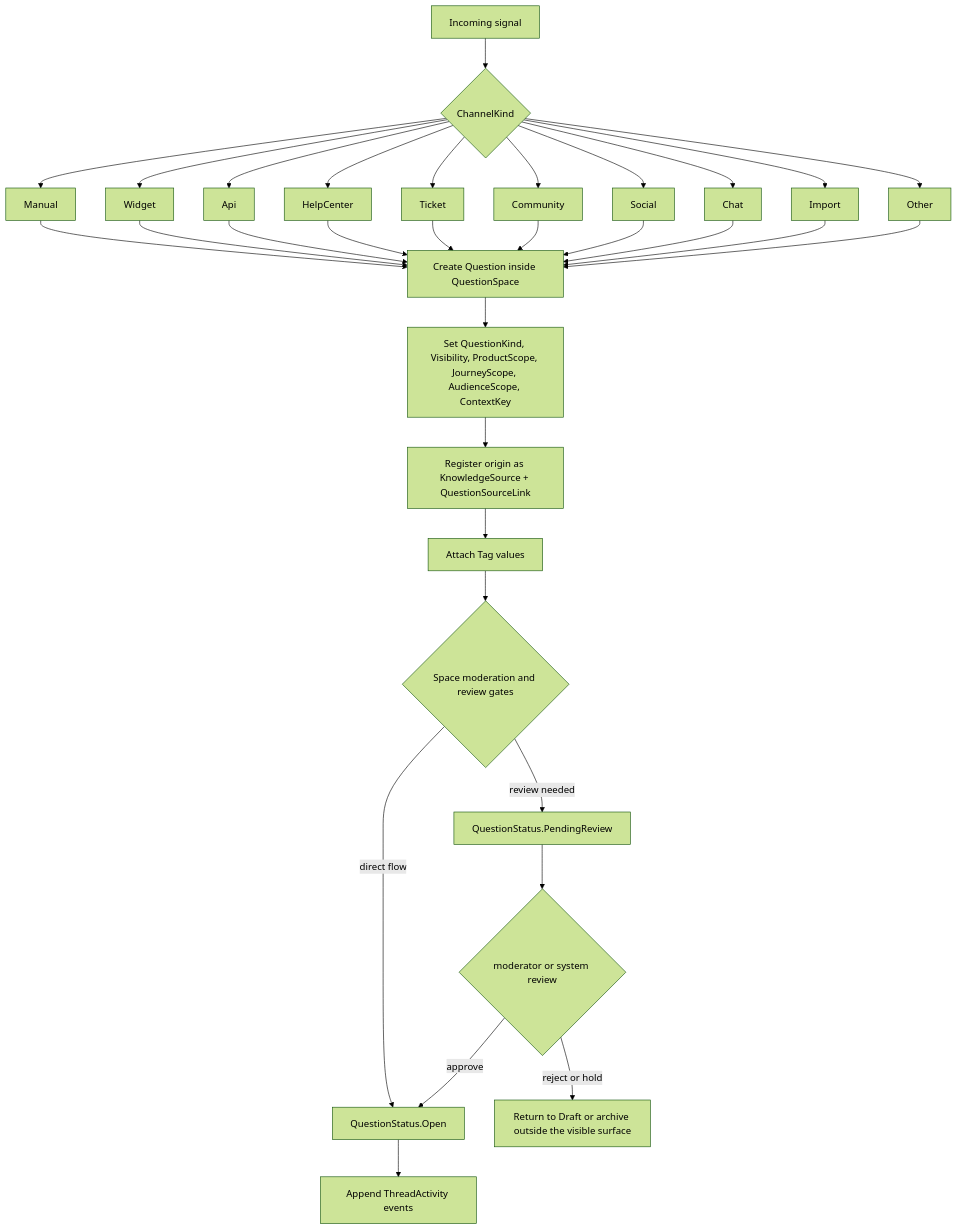
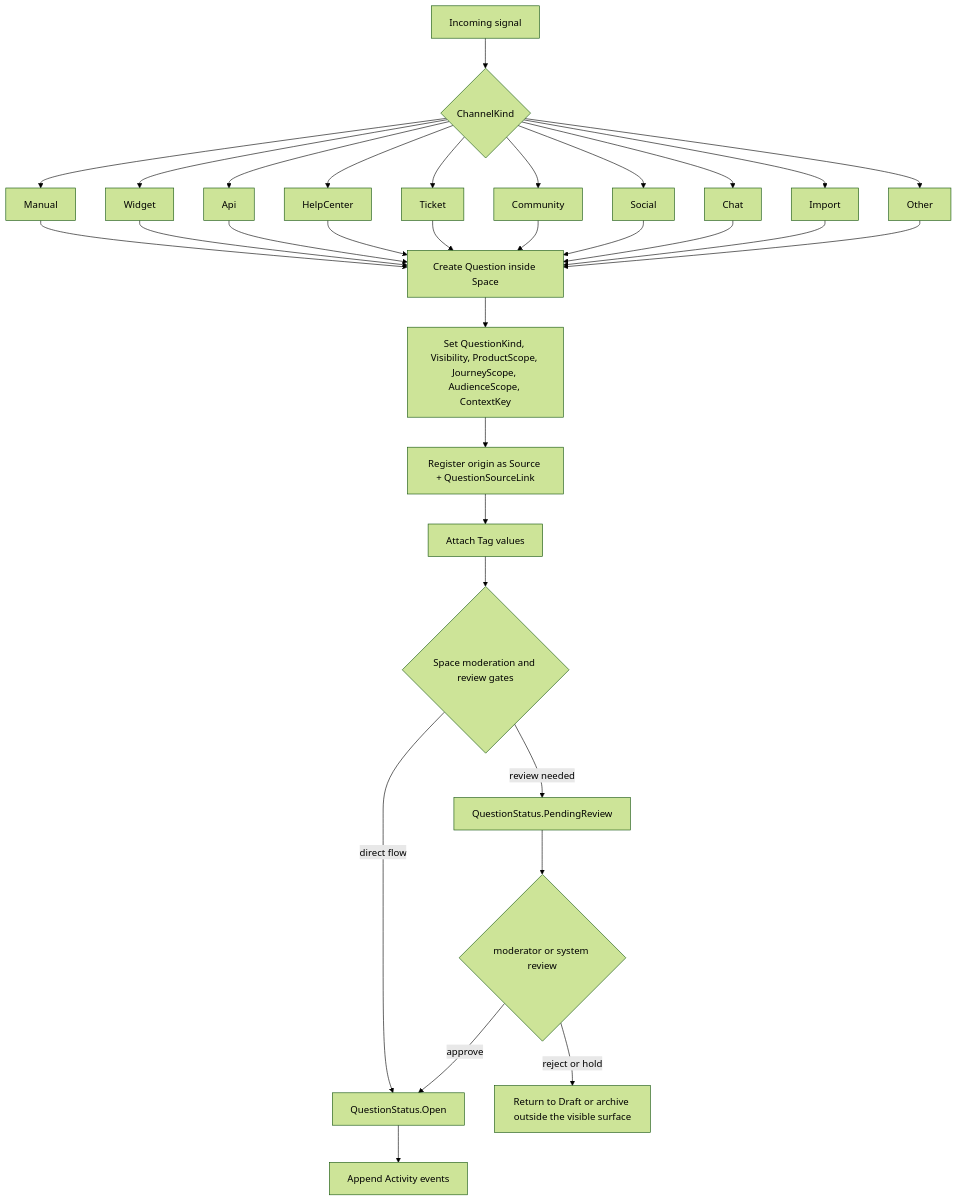
One commit to marcosrioj/querify changed the diagram in dotnet/BaseFaq.Sample.Features.NewQaModel/Flows/02-question-intake-and-routing.md. Above: the diagram before and after it, drawn with Mermaid (forest theme). The commit also changed other lines of this file and 261 other files, not shown here.

````diff
--- a/dotnet/BaseFaq.Sample.Features.NewQaModel/Flows/02-question-intake-and-routing.md
+++ b/dotnet/BaseFaq.Sample.Features.NewQaModel/Flows/02-question-intake-and-routing.md
@@ -7,34 +7,34 @@
 ```mermaid
 flowchart TD
     Signal[Incoming signal] --> Channel{ChannelKind}
     Channel --> Manual[Manual]
     Channel --> Widget[Widget]
     Channel --> Api[Api]
     Channel --> HelpCenter[HelpCenter]
     Channel --> Ticket[Ticket]
     Channel --> Community[Community]
     Channel --> Social[Social]
     Channel --> Chat[Chat]
     Channel --> Import[Import]
     Channel --> Other[Other]
     Manual --> Create
     Widget --> Create
     Api --> Create
     HelpCenter --> Create
     Ticket --> Create
     Community --> Create
     Social --> Create
     Chat --> Create
     Import --> Create
     Other --> Create
-    Create[Create Question inside QuestionSpace] --> Classify[Set QuestionKind, Visibility, ProductScope, JourneyScope, AudienceScope, ContextKey]
-    Classify --> Capture[Register origin as KnowledgeSource + QuestionSourceLink]
+    Create[Create Question inside Space] --> Classify[Set QuestionKind, Visibility, ProductScope, JourneyScope, AudienceScope, ContextKey]
+    Classify --> Capture[Register origin as Source + QuestionSourceLink]
     Capture --> Tags[Attach Tag values]
     Tags --> Policy{Space moderation and review gates}
     Policy -->|direct flow| OpenThread[QuestionStatus.Open]
     Policy -->|review needed| Pending[QuestionStatus.PendingReview]
     Pending --> Review{moderator or system review}
     Review -->|approve| OpenThread
     Review -->|reject or hold| Hidden[Return to Draft or archive outside the visible surface]
-    OpenThread --> Activity[Append ThreadActivity events]
+    OpenThread --> Activity[Append Activity events]
 ```
````
